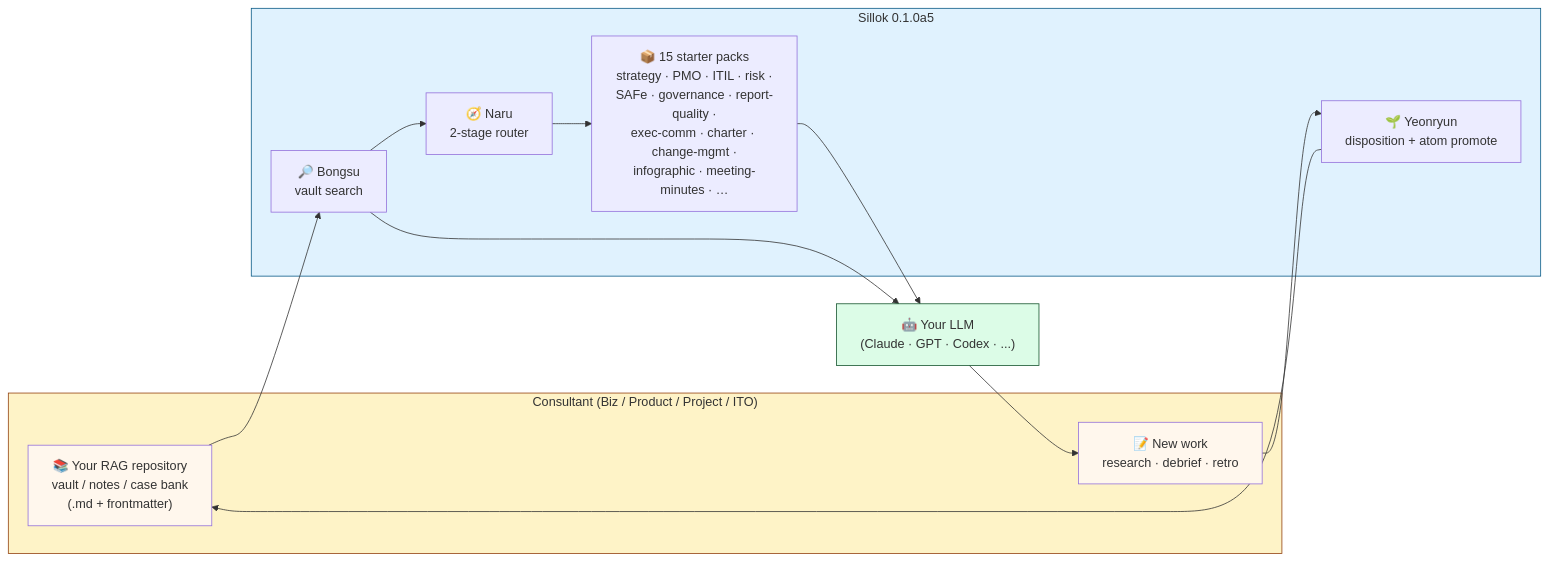
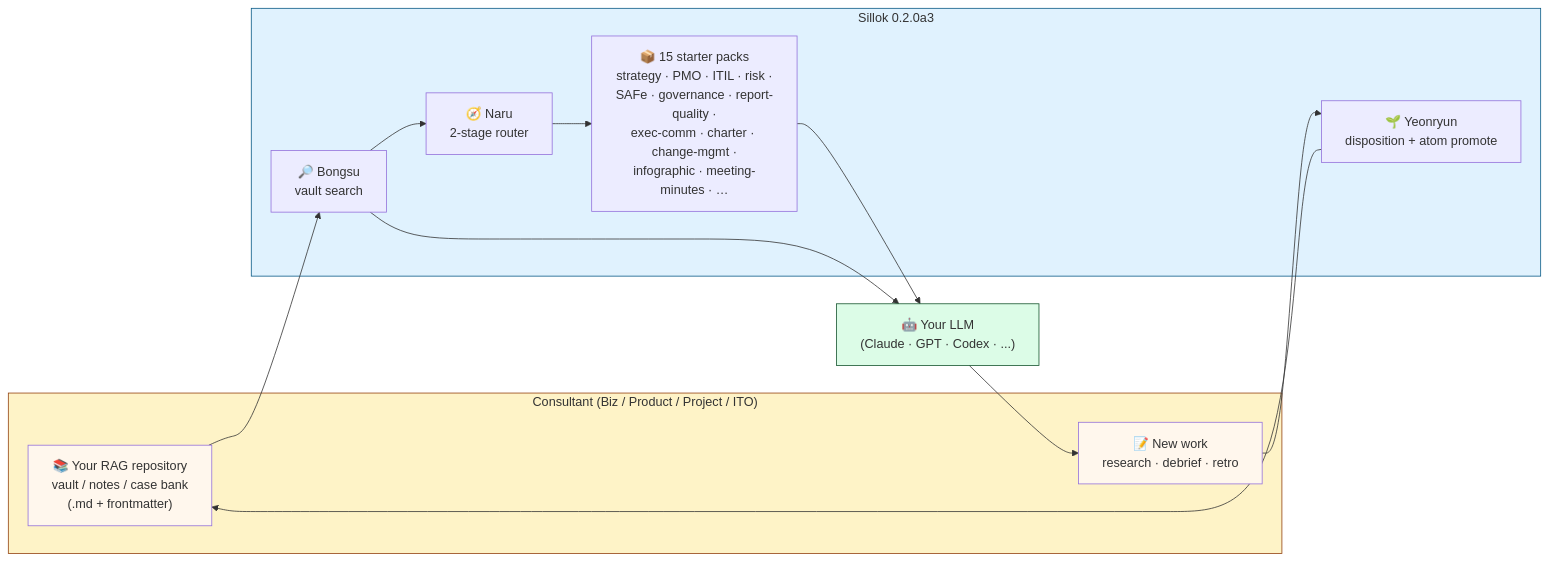
Before and after one commit to sillok-os/sillok: the first of 2 diagrams in README.md, drawn with Mermaid. The commit also changed other lines of this file, not shown here.

````diff
--- a/README.md
+++ b/README.md
@@ -48,31 +48,31 @@
 ```mermaid
 flowchart LR
     subgraph YOU["Consultant (Biz / Product / Project / ITO)"]
         VAULT["📚 Your RAG repository<br/>vault / notes / case bank<br/>(.md + frontmatter)"]
         WORK["📝 New work<br/>research · debrief · retro"]
     end
 
-    subgraph SILLOK["Sillok 0.1.0a5"]
+    subgraph SILLOK["Sillok 0.2.0a3"]
         PACKS["📦 15 starter packs<br/>strategy · PMO · ITIL · risk ·<br/>SAFe · governance · report-quality ·<br/>exec-comm · charter · change-mgmt ·<br/>infographic · meeting-minutes · …"]
         ROUTER["🧭 Naru<br/>2-stage router"]
         SEARCH["🔎 Bongsu<br/>vault search"]
         PROMOTE["🌱 Yeonryun<br/>disposition + atom promote"]
     end
 
     LLM["🤖 Your LLM<br/>(Claude · GPT · Codex · ...)"]
 
     VAULT --> SEARCH
     SEARCH --> ROUTER
     ROUTER --> PACKS
     PACKS --> LLM
     SEARCH --> LLM
     LLM --> WORK
     WORK --> PROMOTE
     PROMOTE --> VAULT
 
     style YOU fill:#fef3c7,stroke:#92400e
     style SILLOK fill:#e0f2fe,stroke:#075985
     style VAULT fill:#fff7ed
     style WORK fill:#fff7ed
     style LLM fill:#dcfce7,stroke:#14532d
 ```
````
